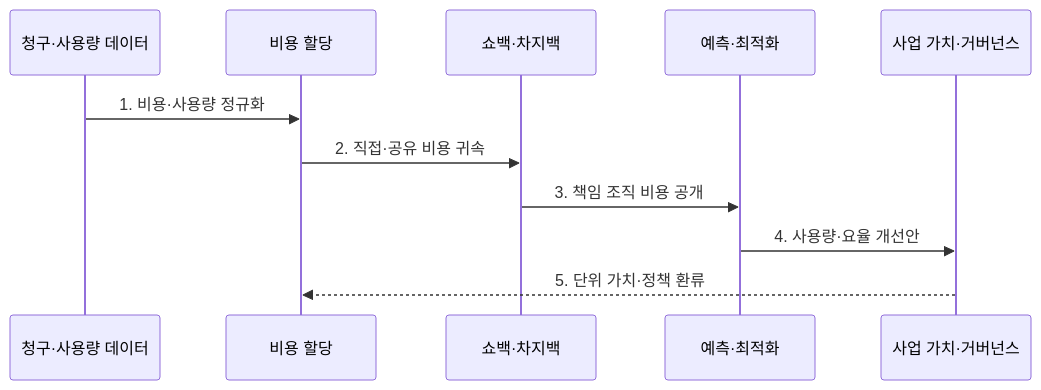
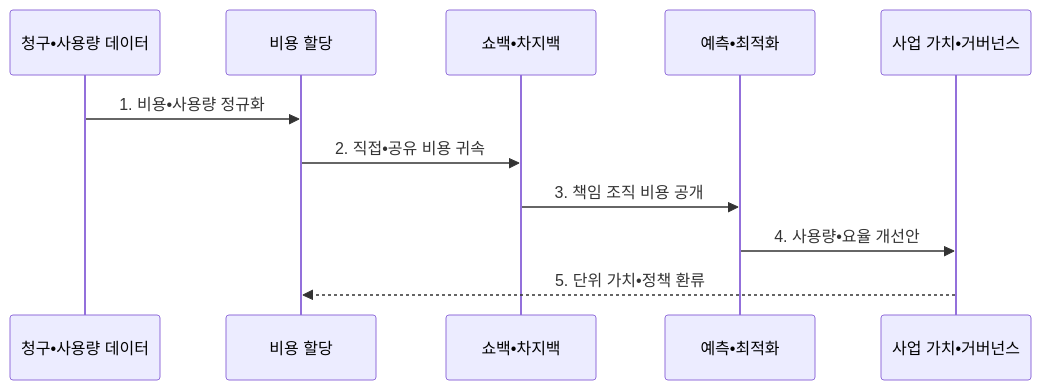
Before and after one commit to agnusdei1207/knowledge-base: the second of 2 diagrams in src/content/docs/notes/08-latest-tech/178_finops.md, drawn with Mermaid. The commit also changed other lines of this file and 953 other files, not shown here.

````diff
--- a/src/content/docs/notes/08-latest-tech/178_finops.md
+++ b/src/content/docs/notes/08-latest-tech/178_finops.md
@@ -102,13 +102,13 @@
 ```mermaid
 sequenceDiagram
-  participant D as 청구·사용량 데이터
+  participant D as 청구•사용량 데이터
   participant A as 비용 할당
-  participant R as 쇼백·차지백
-  participant O as 예측·최적화
-  participant V as 사업 가치·거버넌스
-  D->>A: 1. 비용·사용량 정규화
-  A->>R: 2. 직접·공유 비용 귀속
+  participant R as 쇼백•차지백
+  participant O as 예측•최적화
+  participant V as 사업 가치•거버넌스
+  D->>A: 1. 비용•사용량 정규화
+  A->>R: 2. 직접•공유 비용 귀속
   R->>O: 3. 책임 조직 비용 공개
-  O->>V: 4. 사용량·요율 개선안
-  V-->>A: 5. 단위 가치·정책 환류
+  O->>V: 4. 사용량•요율 개선안
+  V-->>A: 5. 단위 가치•정책 환류
 ```
````
